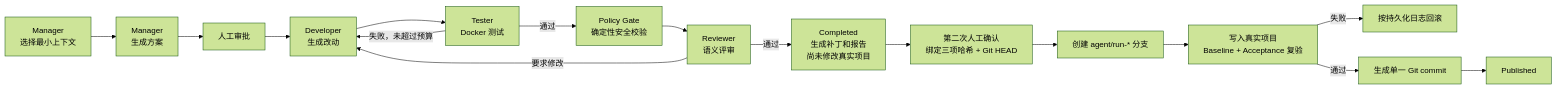
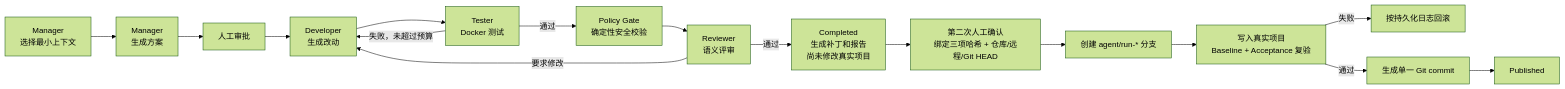
One commit to 1874819828/Mutil_Agent changed the diagram in agent-assistant/README.md. Above: the diagram before and after it, drawn with Mermaid (forest theme). The commit also changed other lines of this file and 26 other files, not shown here.

````diff
--- a/agent-assistant/README.md
+++ b/agent-assistant/README.md
@@ -37,18 +37,18 @@
 ```mermaid
 flowchart LR
     M0["Manager<br/>选择最小上下文"] --> M["Manager<br/>生成方案"]
     M --> A["人工审批"]
     A --> D["Developer<br/>生成改动"]
     D --> T["Tester<br/>Docker 测试"]
     T -->|失败，未超过预算| D
     T -->|通过| P["Policy Gate<br/>确定性安全校验"]
     P --> R["Reviewer<br/>语义评审"]
     R -->|要求修改| D
     R -->|通过| C["Completed<br/>生成补丁和报告<br/>尚未修改真实项目"]
-    C --> PA["第二次人工确认<br/>绑定三项哈希 + Git HEAD"]
+    C --> PA["第二次人工确认<br/>绑定三项哈希 + 仓库/远程/Git HEAD"]
     PA --> GB["创建 agent/run-* 分支"]
     GB --> PUB["写入真实项目<br/>Baseline + Acceptance 复验"]
     PUB -->|失败| RB["按持久化日志回滚"]
     PUB -->|通过| GC["生成单一 Git commit"]
     GC --> DONE["Published"]
 ```
````
